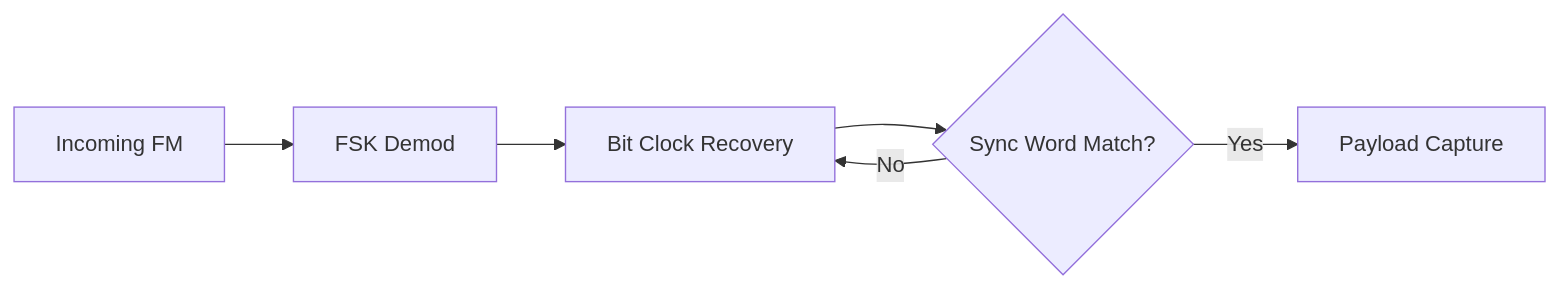
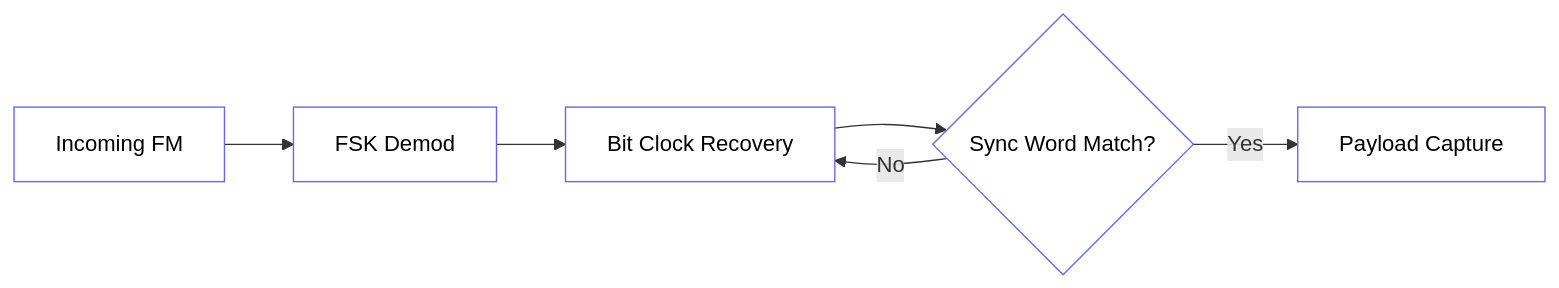
Before and after one commit to qshosfw/hermes: the diagram in src/docs/content/docs/rfc/physical/02-pulse-shaping.mdx, drawn with Mermaid. The commit also changed 29 other files, not shown here.

````diff
--- a/src/docs/content/docs/rfc/physical/02-pulse-shaping.mdx
+++ b/src/docs/content/docs/rfc/physical/02-pulse-shaping.mdx
@@ -22,8 +22,11 @@
 ```mermaid
 graph LR
     A[Incoming FM] --> B[FSK Demod]
     B --> C[Bit Clock Recovery]
     C --> D{Sync Word Match?}
     D -- Yes --> E[Payload Capture]
     D -- No --> C
+
+    classDef normal fill:transparent,stroke:#6366f1,stroke-width:1px,color:inherit
+    class A,B,C,D,E normal
 ```
````
